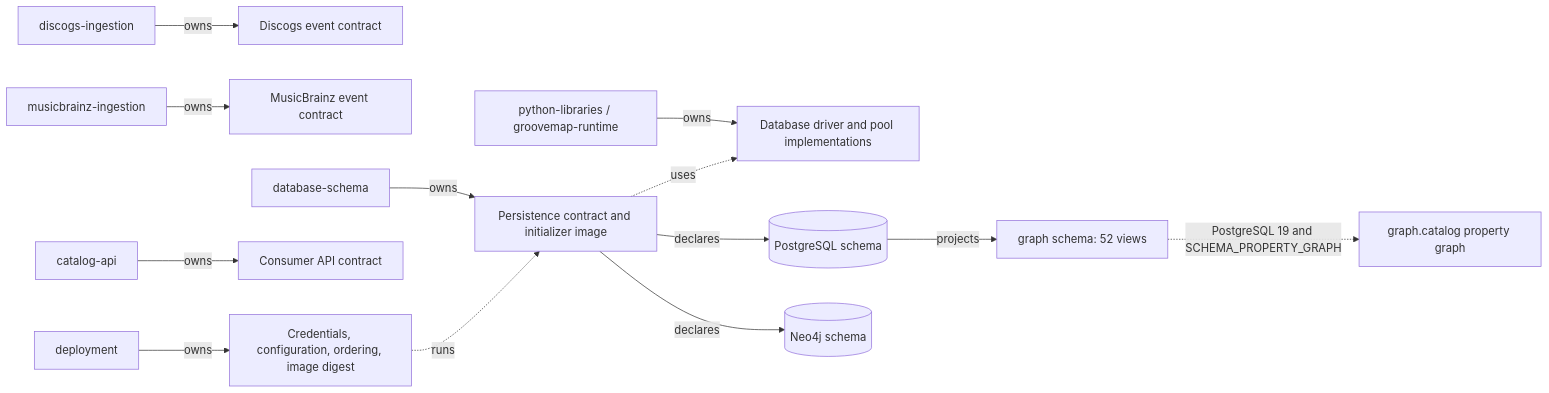
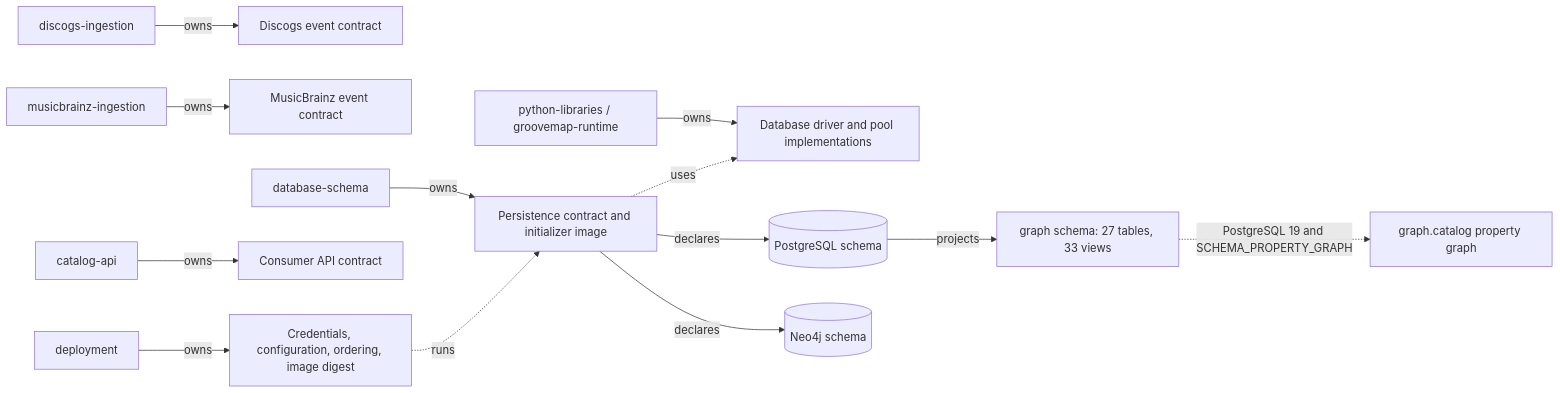
The first of 2 diagrams in docs/architecture.md (groovemap-music/database-schema), drawn with Mermaid before and after one commit. The commit also changed other lines of this file and 2 other files, not shown here.

````diff
--- a/docs/architecture.md
+++ b/docs/architecture.md
@@ -8,15 +8,15 @@
 ```mermaid
 flowchart LR
     DI[discogs-ingestion] -->|owns| DE[Discogs event contract]
     MI[musicbrainz-ingestion] -->|owns| ME[MusicBrainz event contract]
     DS[database-schema] -->|owns| PC[Persistence contract and initializer image]
     RT[python-libraries / groovemap-runtime] -->|owns| CL[Database driver and pool implementations]
     API[catalog-api] -->|owns| AC[Consumer API contract]
     DEP[deployment] -->|owns| OP[Credentials, configuration, ordering, image digest]
     PC -->|declares| PG[(PostgreSQL schema)]
     PC -->|declares| N[(Neo4j schema)]
-    PG -->|projects| GV[graph schema: 52 views]
+    PG -->|projects| GV[graph schema: 27 tables, 33 views]
     GV -. "PostgreSQL 19 and SCHEMA_PROPERTY_GRAPH" .-> CAT["graph.catalog property graph"]
     PC -. uses .-> CL
     OP -. runs .-> PC
 ```
````
